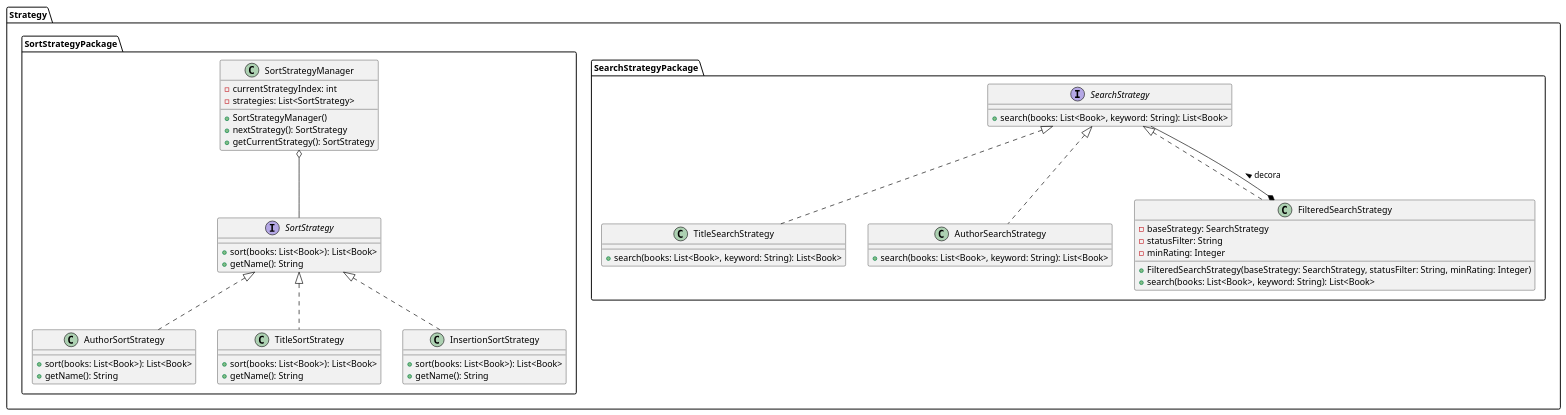
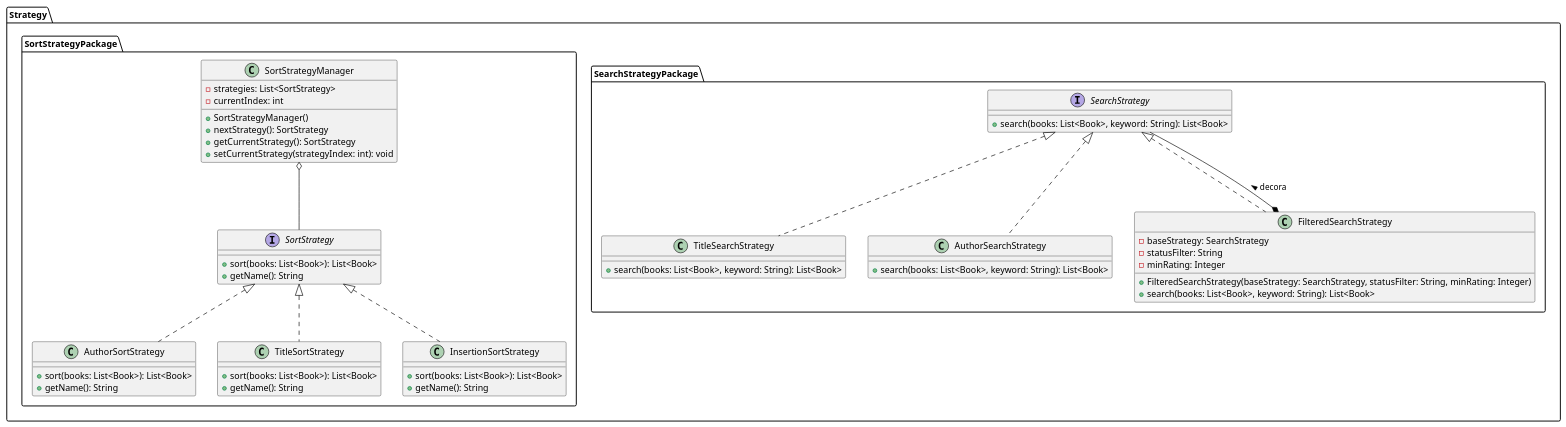
The diagram in src/UML/Component/StrategyComponentDiagram.puml (CaputoCristian/LibreriaPersonale), drawn with PlantUML before and after one commit. The commit also changed 11 other files, not shown here.

Commit message:
Eliminazioni classi e import inutilizzati, Nuovi UML

```diff
--- a/src/UML/Component/StrategyComponentDiagram.puml
+++ b/src/UML/Component/StrategyComponentDiagram.puml
@@ -1,78 +1,79 @@
 @startuml Strategy Diagram
 
 skinparam class {
     BackgroundColor<<Strategy>> LightGreen
     BorderColor Black
     ArrowColor Black
 }
 
 package "Strategy" {
     package "SearchStrategyPackage" {
         interface SearchStrategy {
             + search(books: List<Book>, keyword: String): List<Book>
         }
 
         class TitleSearchStrategy {
             + search(books: List<Book>, keyword: String): List<Book>
         }
 
         class AuthorSearchStrategy {
             + search(books: List<Book>, keyword: String): List<Book>
         }
 
         class FilteredSearchStrategy {
             - baseStrategy: SearchStrategy
             - statusFilter: String
             - minRating: Integer
             + FilteredSearchStrategy(baseStrategy: SearchStrategy, statusFilter: String, minRating: Integer)
             + search(books: List<Book>, keyword: String): List<Book>
         }
     }
 
     package "SortStrategyPackage" {
         interface SortStrategy {
             + sort(books: List<Book>): List<Book>
             + getName(): String
         }
 
         class AuthorSortStrategy {
             + sort(books: List<Book>): List<Book>
             + getName(): String
         }
 
         class TitleSortStrategy {
             + sort(books: List<Book>): List<Book>
             + getName(): String
         }
 
 
         class InsertionSortStrategy {
             + sort(books: List<Book>): List<Book>
             + getName(): String
         }
 
         class SortStrategyManager {
-            - currentStrategyIndex: int
             - strategies: List<SortStrategy>
+            - currentIndex: int
             + SortStrategyManager()
             + nextStrategy(): SortStrategy
             + getCurrentStrategy(): SortStrategy
+            + setCurrentStrategy(strategyIndex: int): void
         }
     }
 }
 
 ' Relazioni SearchStrategy
 SearchStrategy <|.. TitleSearchStrategy
 SearchStrategy <|.. AuthorSearchStrategy
 SearchStrategy <|.. FilteredSearchStrategy
 
 ' Ha un riferimento a SearchStrategy (composizione)
 FilteredSearchStrategy *-- SearchStrategy : decora >
 
 ' Relazioni SortStrategy
 SortStrategy <|.. AuthorSortStrategy
 SortStrategy <|.. TitleSortStrategy
 SortStrategy <|.. InsertionSortStrategy
 SortStrategyManager o-- SortStrategy
 
 @enduml
```
